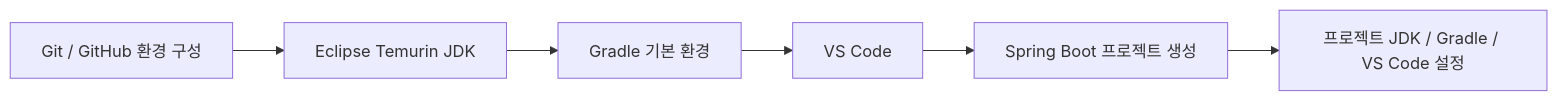
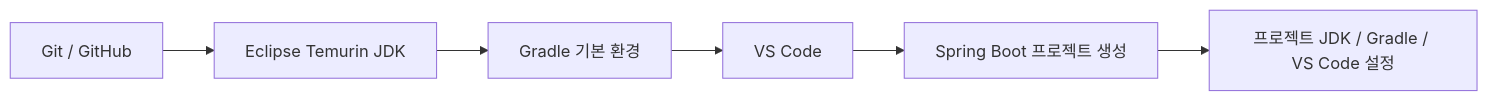
The first of 4 diagrams in docs/01_project_start/02_environment/gradle/gradle_setup.md (Team-Microserver/microserver-docs), drawn with Mermaid before and after one commit. The commit also changed other lines of this file and 9 other files, not shown here.

````diff
--- a/docs/01_project_start/02_environment/gradle/gradle_setup.md
+++ b/docs/01_project_start/02_environment/gradle/gradle_setup.md
@@ -90,8 +91,8 @@
 ```mermaid
 flowchart LR
-    A[Git / GitHub 환경 구성] --> B[Eclipse Temurin JDK]
+    A[Git / GitHub] --> B[Eclipse Temurin JDK]
     B --> C[Gradle 기본 환경]
     C --> D[VS Code]
     D --> E[Spring Boot 프로젝트 생성]
     E --> F[프로젝트 JDK / Gradle / VS Code 설정]
 ```
````
